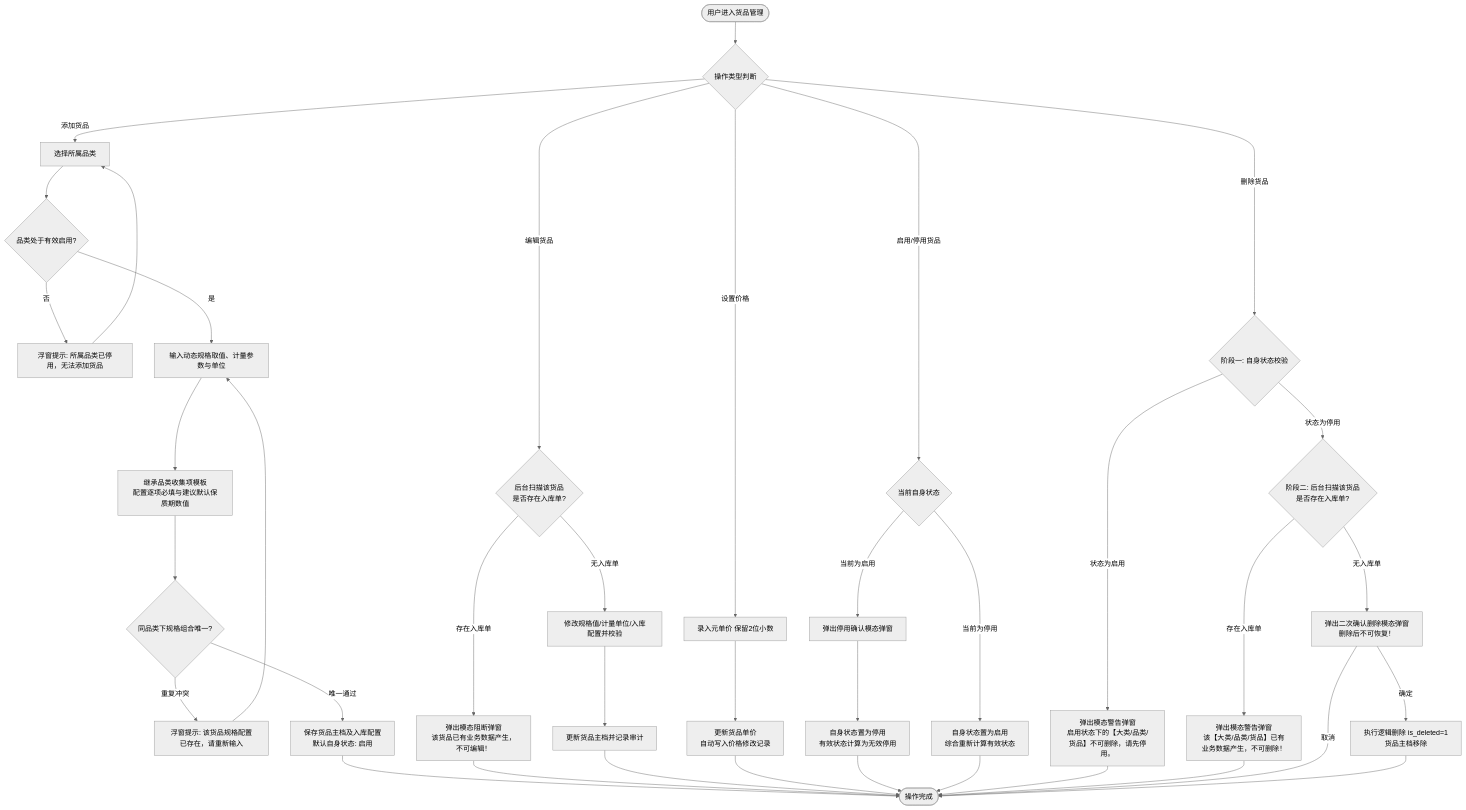
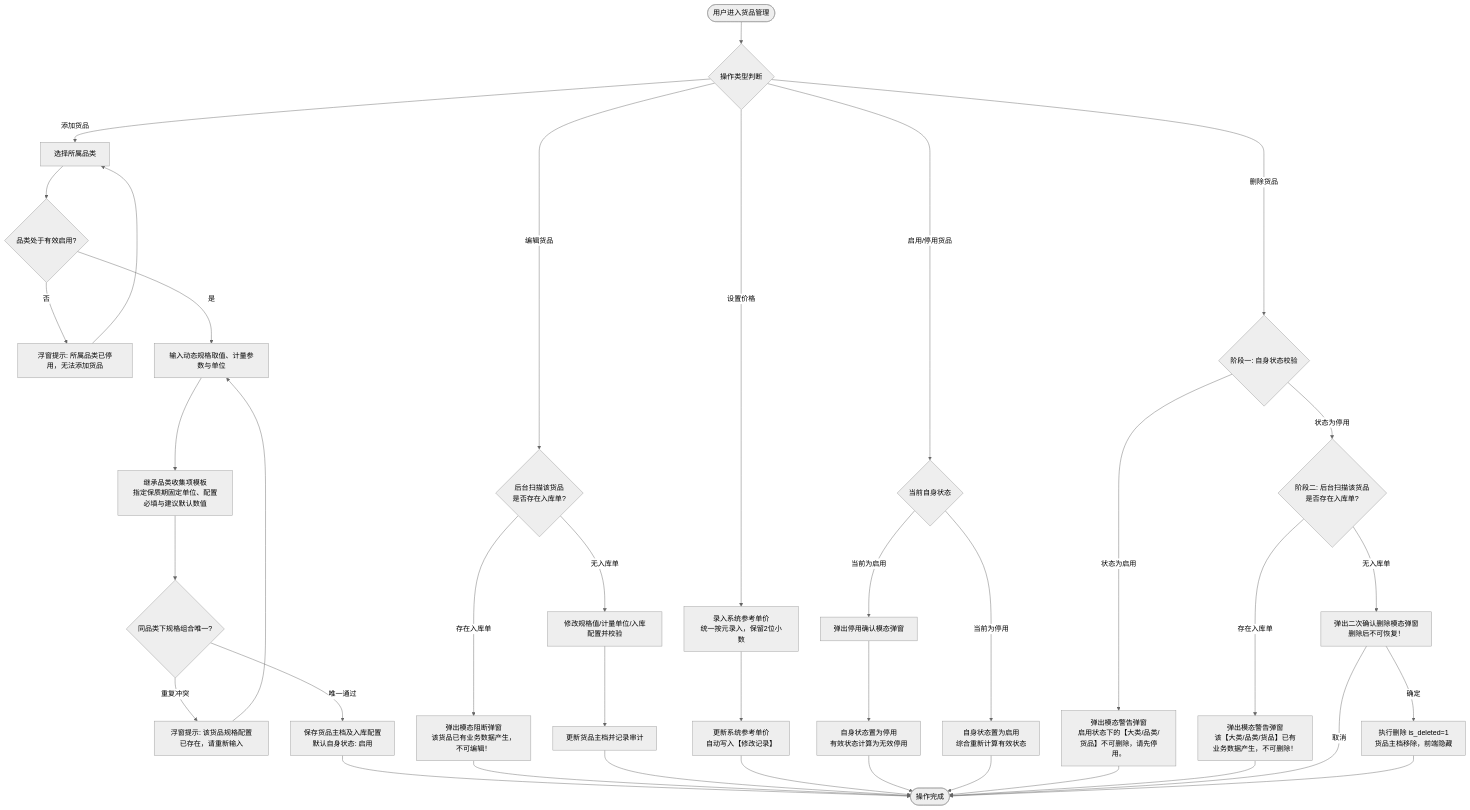
One commit to RobertHuang999/SYZC changed the first of 3 diagrams in 02-PRD文档/B-迭代需求/6.3版本（2026.09）/06-货品规格管理-货品管理/货品管理业务规则规格.md. Above: the diagram before and after it, drawn with Mermaid (neutral theme). The commit also changed other lines of this file and 47 other files, not shown here.

````diff
--- a/02-PRD文档/B-迭代需求/6.3版本（2026.09）/06-货品规格管理-货品管理/货品管理业务规则规格.md
+++ b/02-PRD文档/B-迭代需求/6.3版本（2026.09）/06-货品规格管理-货品管理/货品管理业务规则规格.md
@@ -129,39 +151,39 @@
 ```mermaid
 flowchart TD
     Start([用户进入货品管理]) --> OpType{操作类型判断}
 
     %% 1. 添加货品分支
     OpType -- 添加货品 --> SelectSubCat[选择所属品类]
     SelectSubCat --> CheckSubState{品类处于有效启用?}
     CheckSubState -- 否 --> ToastErrSub[浮窗提示: 所属品类已停用，无法添加货品] --> SelectSubCat
     CheckSubState -- 是 --> InputSKU[输入动态规格取值、计量参数与单位]
-    InputSKU --> ConfigInbound[继承品类收集项模板<br/>配置逐项必填与建议默认保质期数值]
+    InputSKU --> ConfigInbound[继承品类收集项模板<br/>指定保质期固定单位、配置必填与建议默认数值]
     ConfigInbound --> CheckSKUUnique{同品类下规格组合唯一?}
     CheckSKUUnique -- 重复冲突 --> ToastErrSKU[浮窗提示: 该货品规格配置已存在，请重新输入] --> InputSKU
     CheckSKUUnique -- 唯一通过 --> SaveSKU[保存货品主档及入库配置<br/>默认自身状态: 启用] --> End([操作完成])
 
     %% 2. 编辑货品分支
     OpType -- 编辑货品 --> CheckInboundEdit{后台扫描该货品<br/>是否存在入库单?}
     CheckInboundEdit -- 存在入库单 --> ModalBlockEdit[弹出模态阻断弹窗<br/>该货品已有业务数据产生，不可编辑！] --> End
     CheckInboundEdit -- 无入库单 --> EditSKUData[修改规格值/计量单位/入库配置并校验]
     EditSKUData --> SaveEdit[更新货品主档并记录审计] --> End
 
     %% 3. 设价分支
-    OpType -- 设置价格 --> InputPrice[录入元单价 保留2位小数]
-    InputPrice --> SavePrice[更新货品单价<br/>自动写入价格修改记录] --> End
+    OpType -- 设置价格 --> InputPrice[录入系统参考单价<br/>统一按元录入，保留2位小数]
+    InputPrice --> SavePrice[更新系统参考单价<br/>自动写入【修改记录】] --> End
 
     %% 4. 启停用货品分支
     OpType -- 启用/停用货品 --> StatusJudge{当前自身状态}
     StatusJudge -- 当前为启用 --> ConfirmDisable[弹出停用确认模态弹窗]
     ConfirmDisable --> DoDisable[自身状态置为停用<br/>有效状态计算为无效停用] --> End
     StatusJudge -- 当前为停用 --> DoEnable[自身状态置为启用<br/>综合重新计算有效状态] --> End
 
     %% 5. 删除货品分支
     OpType -- 删除货品 --> Phase1{阶段一: 自身状态校验}
     Phase1 -- 状态为启用 --> BlockEnableDel[弹出模态警告弹窗<br/>启用状态下的【大类/品类/货品】不可删除，请先停用。] --> End
     Phase1 -- 状态为停用 --> Phase2{阶段二: 后台扫描该货品<br/>是否存在入库单?}
     Phase2 -- 存在入库单 --> BlockInboundDel[弹出模态警告弹窗<br/>该【大类/品类/货品】已有业务数据产生，不可删除！] --> End
     Phase2 -- 无入库单 --> ConfirmDelModal[弹出二次确认删除模态弹窗<br/>删除后不可恢复！]
     ConfirmDelModal -- 取消 --> End
-    ConfirmDelModal -- 确定 --> CascadeDel[执行逻辑删除 is_deleted=1<br/>货品主档移除] --> End
+    ConfirmDelModal -- 确定 --> CascadeDel[执行删除 is_deleted=1<br/>货品主档移除，前端隐藏] --> End
 ```
````
